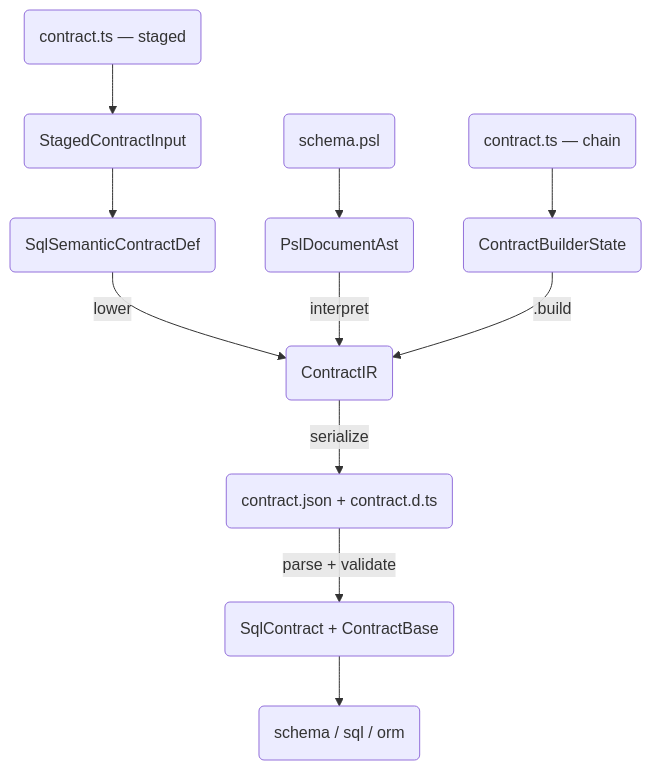
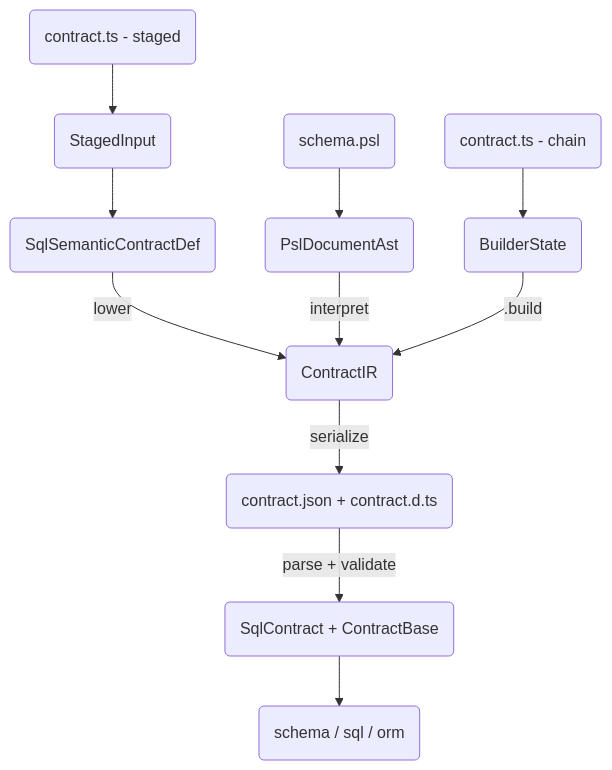
The first of 2 diagrams in docs/architecture docs/adrs/ADR 182 - Unified contract representation.md (prisma/prisma-next), drawn with Mermaid before and after one commit. The commit also changed other lines of this file and 1 other file, not shown here.

Commit message:
docs: fix ADR doc issues (language tag, ASCII Mermaid labels)

````diff
--- a/docs/architecture docs/adrs/ADR 182 - Unified contract representation.md
+++ b/docs/architecture docs/adrs/ADR 182 - Unified contract representation.md
@@ -49,14 +49,14 @@
 ```mermaid
 graph TD
   PSL(schema.psl) --> AST(PslDocumentAst)
-  TS_STAGED(contract.ts — staged) --> SCI(StagedContractInput)
-  TS_CHAIN(contract.ts — chain) --> CBS(ContractBuilderState)
+  TS_STAGED(contract.ts - staged) --> SCI(StagedInput)
+  TS_CHAIN(contract.ts - chain) --> CBS(BuilderState)
   SCI --> SSCD(SqlSemanticContractDef)
   SSCD -->|lower| IR
   AST -->|interpret| IR
   CBS -->|.build| IR
   IR(ContractIR)
   IR -->|serialize| JSON(contract.json + contract.d.ts)
   JSON -->|parse + validate| SC(SqlContract + ContractBase)
   SC --> CONSUMERS(schema / sql / orm)
 ```
````
